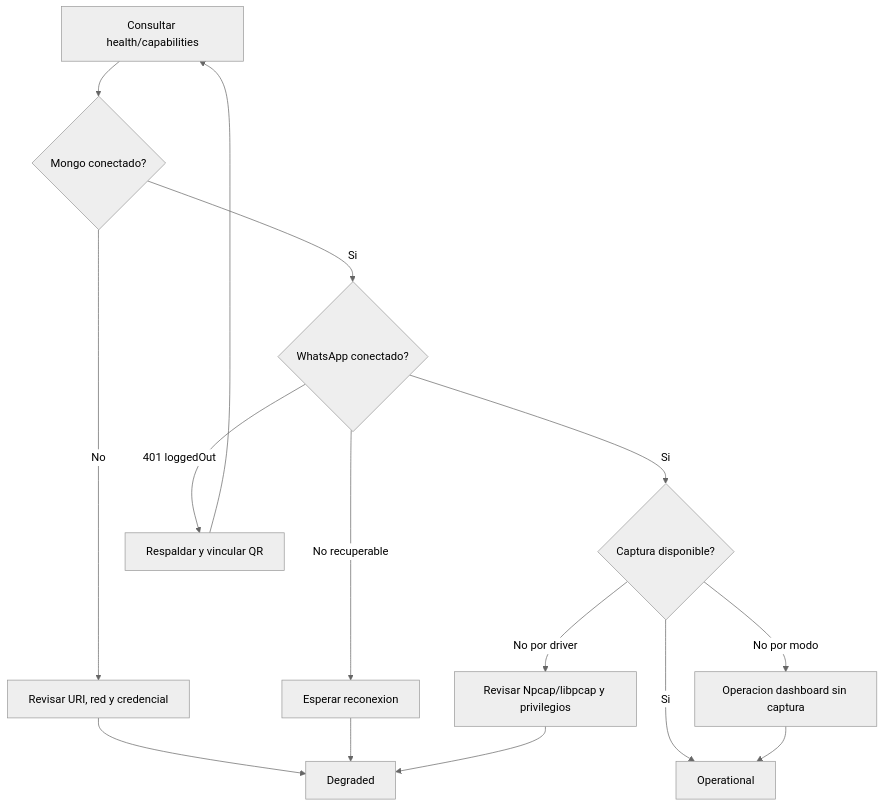
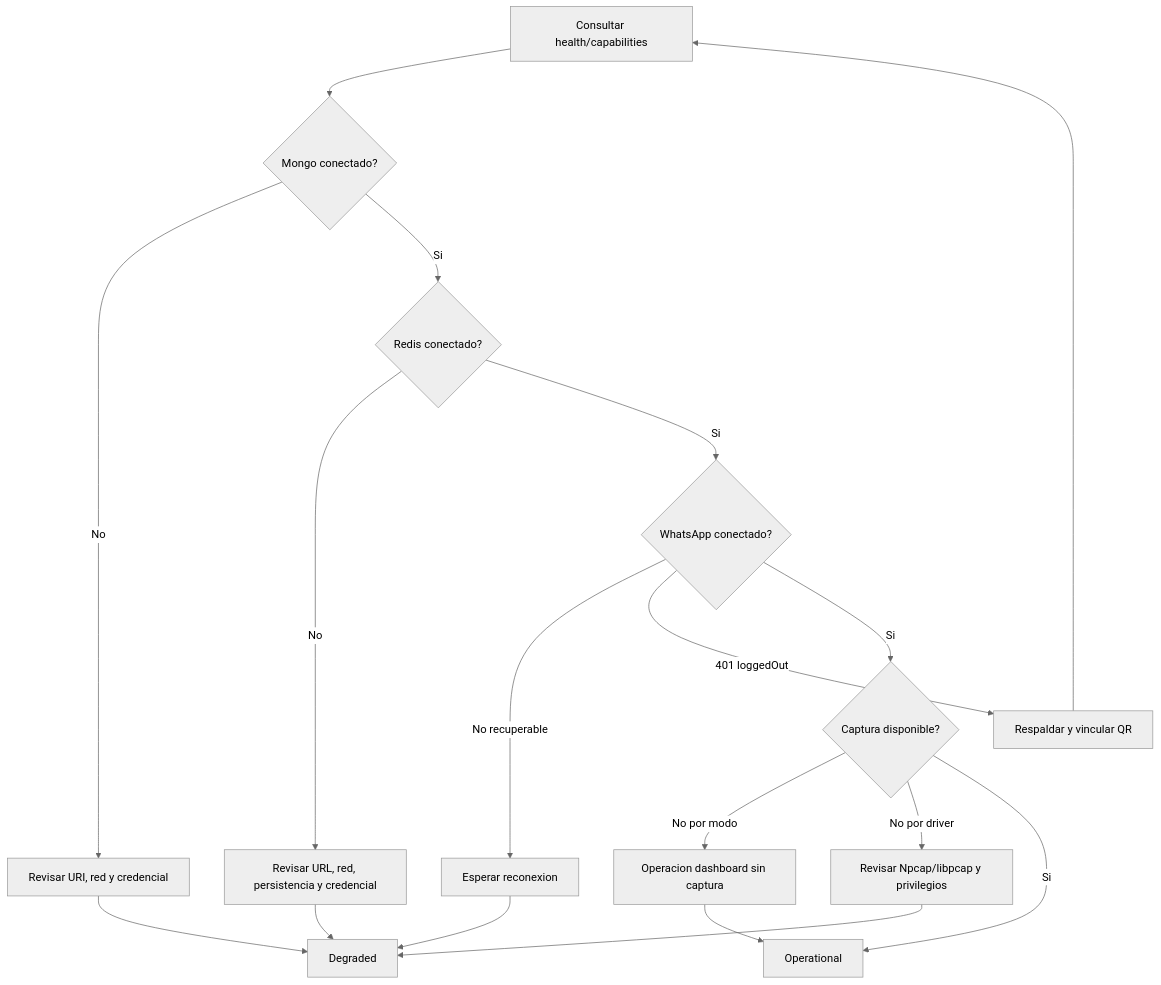
One commit to deco31416/wp-monitor changed the diagram in docs/diagrams/14-failure-recovery.md. Above: the diagram before and after it, drawn with Mermaid (neutral theme). The commit also changed other lines of this file and 34 other files, not shown here.

````diff
--- a/docs/diagrams/14-failure-recovery.md
+++ b/docs/diagrams/14-failure-recovery.md
@@ -7,24 +7,28 @@
 ```mermaid
 flowchart TD
     Health[Consultar health/capabilities]
     Mongo{Mongo conectado?}
+    Redis{Redis conectado?}
     WA{WhatsApp conectado?}
     Capture{Captura disponible?}
     Operational[Operational]
     Degraded[Degraded]
 
     Health --> Mongo
     Mongo -->|No| MongoRunbook[Revisar URI, red y credencial]
-    Mongo -->|Si| WA
+    Mongo -->|Si| Redis
+    Redis -->|No| RedisRunbook[Revisar URL, red, persistencia y credencial]
+    Redis -->|Si| WA
     WA -->|No recuperable| Reconnect[Esperar reconexion]
     WA -->|401 loggedOut| Relink[Respaldar y vincular QR]
     WA -->|Si| Capture
     Capture -->|No por modo| DashboardMode[Operacion dashboard sin captura]
     Capture -->|No por driver| Driver[Revisar Npcap/libpcap y privilegios]
     Capture -->|Si| Operational
     MongoRunbook --> Degraded
+    RedisRunbook --> Degraded
     Reconnect --> Degraded
     Relink --> Health
     DashboardMode --> Operational
     Driver --> Degraded
 ```
````
